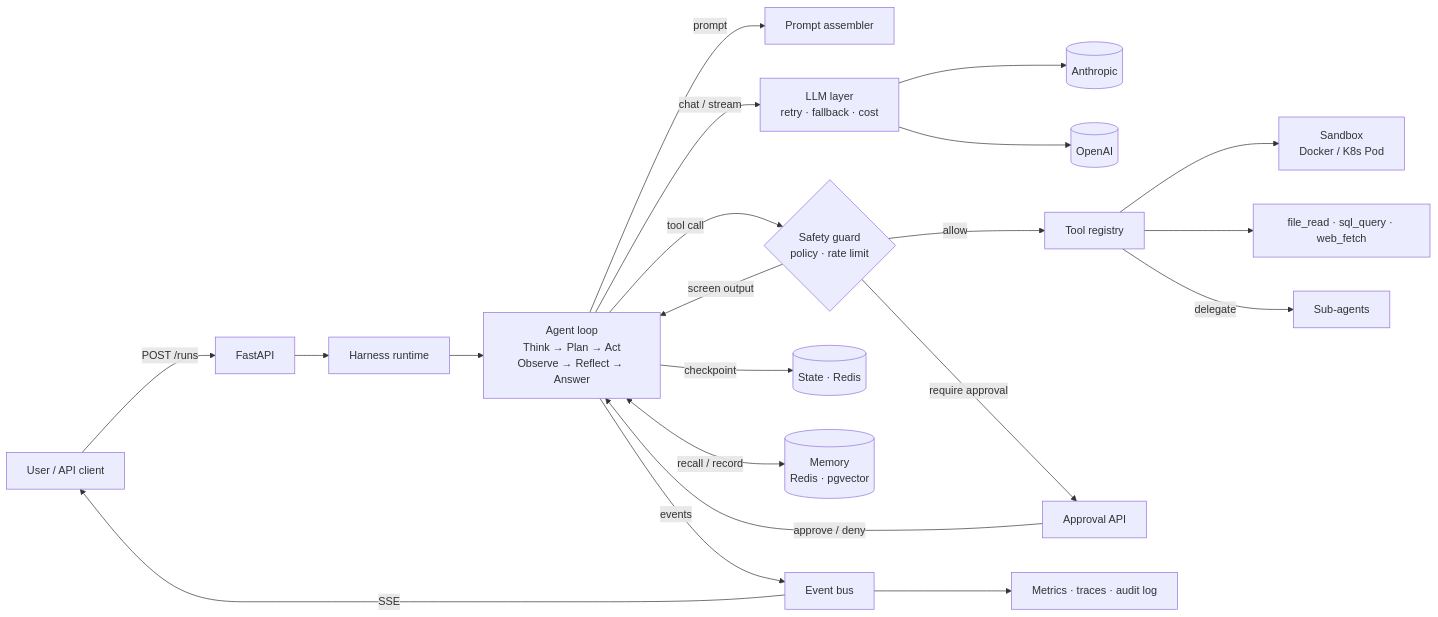
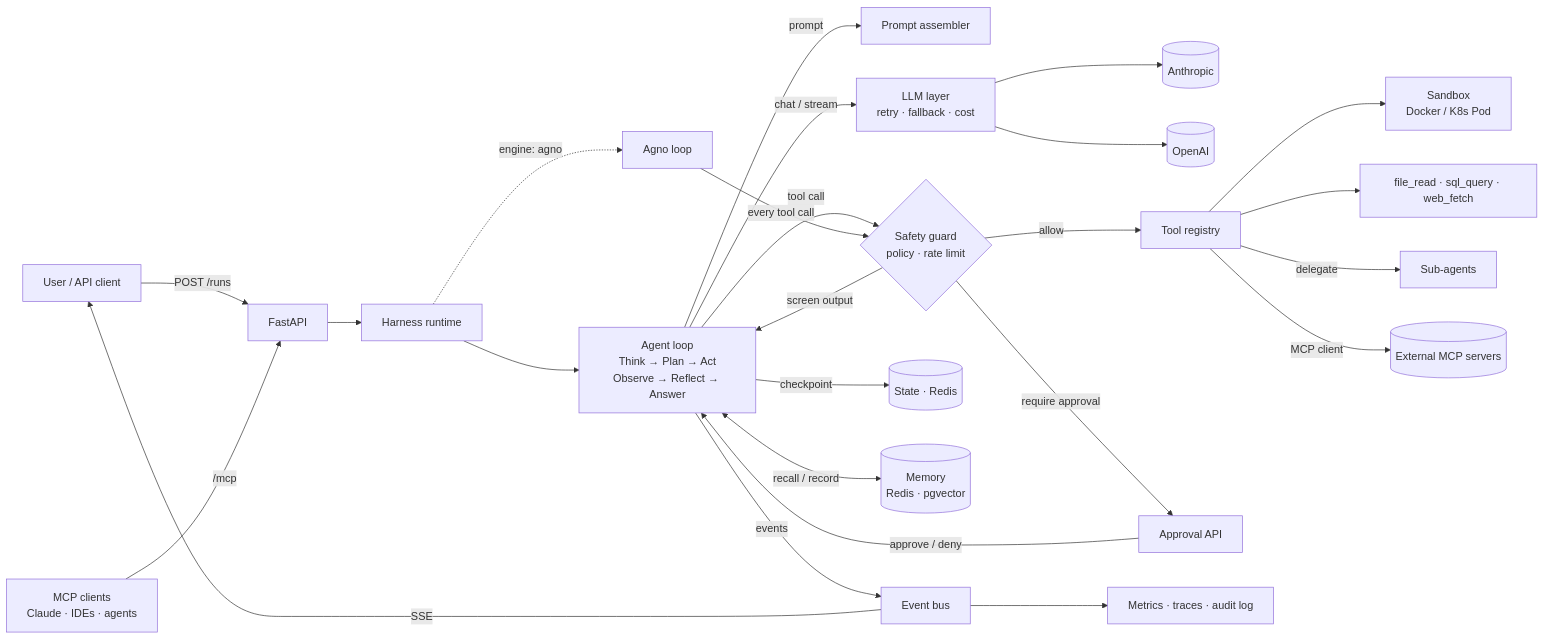
The diagram in README.md (ashishpatel26/Enterprise-Agent-Harness-Project-Template), drawn with Mermaid before and after one commit. The commit also changed other lines of this file and 24 other files, not shown here.

First line of the commit message:
feat: MCP client/server (FastMCP) and Agno engine under harness governance

````diff
--- a/README.md
+++ b/README.md
@@ -89,22 +133,26 @@
 ```mermaid
 flowchart LR
     U[User / API client] -->|POST /runs| API[FastAPI]
     API --> RT[Harness runtime]
     RT --> LOOP[Agent loop<br/>Think → Plan → Act<br/>Observe → Reflect → Answer]
     LOOP -->|prompt| PR[Prompt assembler]
     LOOP -->|chat / stream| LLM[LLM layer<br/>retry · fallback · cost]
     LLM --> P1[(Anthropic)]
     LLM --> P2[(OpenAI)]
     LOOP -->|tool call| G{Safety guard<br/>policy · rate limit}
     G -->|allow| TR[Tool registry]
     G -->|require approval| AP[Approval API]
     AP -->|approve / deny| LOOP
     TR --> SB[Sandbox<br/>Docker / K8s Pod]
     TR --> T2[file_read · sql_query · web_fetch]
     TR -->|delegate| SUB[Sub-agents]
+    TR -->|MCP client| MCPS[(External MCP servers)]
+    MC[MCP clients<br/>Claude · IDEs · agents] -->|/mcp| API
+    RT -.->|engine: agno| AGNO[Agno loop]
+    AGNO -->|every tool call| G
     G -->|screen output| LOOP
     LOOP -->|checkpoint| ST[(State · Redis)]
     LOOP <-->|recall / record| MEM[(Memory<br/>Redis · pgvector)]
     LOOP -->|events| EV[Event bus] -->|SSE| U
     EV --> OBS[Metrics · traces · audit log]
 ```
````
